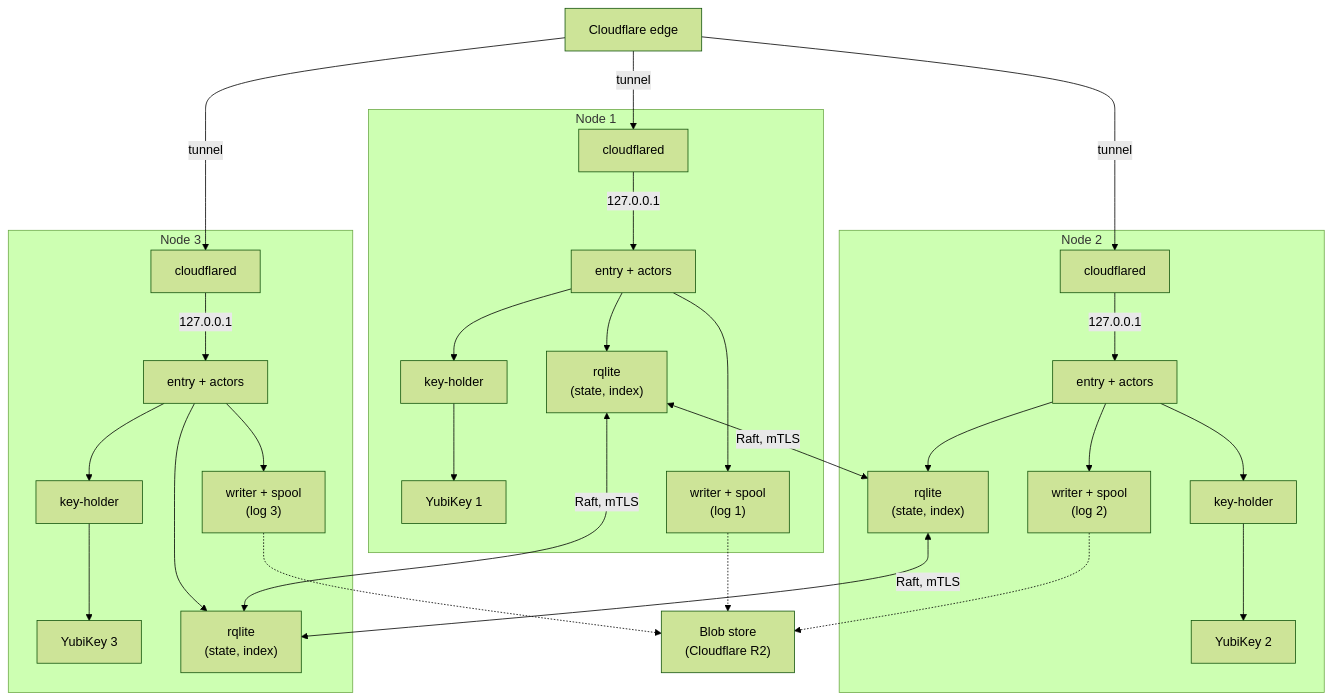
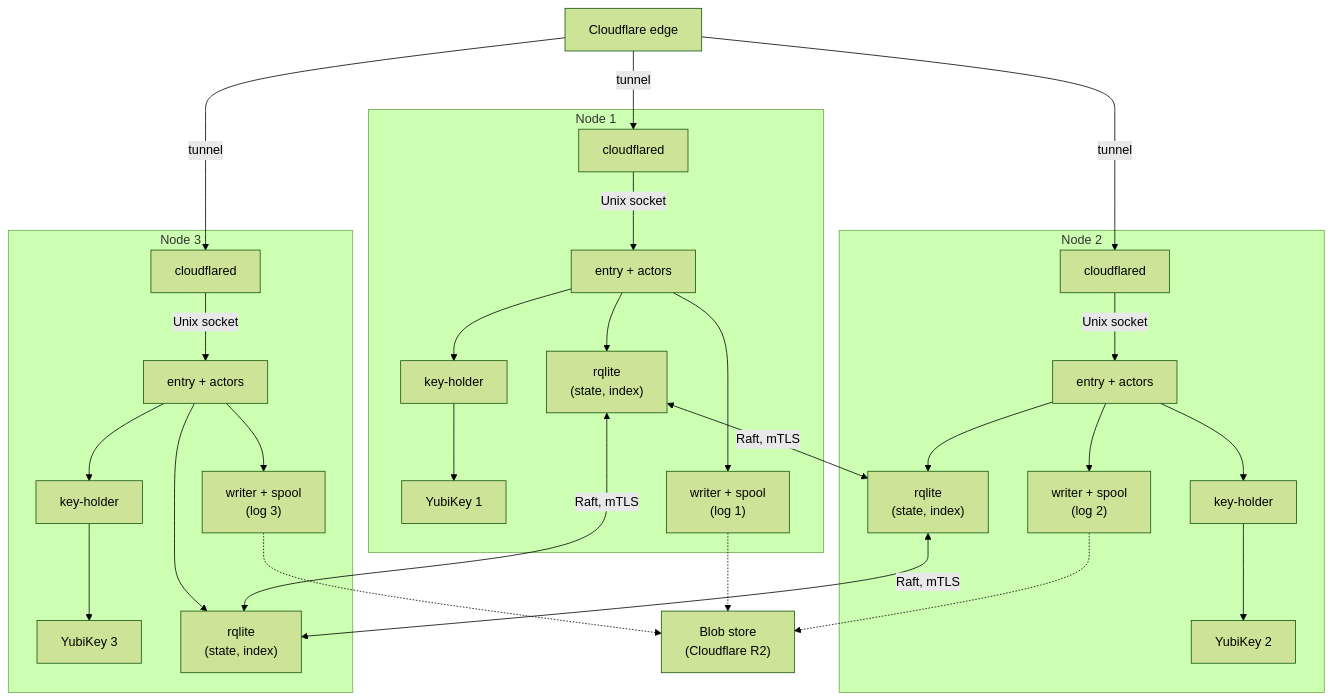
One commit to truvity/sluis changed the third of 4 diagrams in docs/runtimes/installations.md. Above: the diagram before and after it, drawn with Mermaid (forest theme). The commit also changed other lines of this file and 30 other files, not shown here.

````diff
--- a/docs/runtimes/installations.md
+++ b/docs/runtimes/installations.md
@@ -118,32 +118,32 @@
 ```mermaid
 flowchart TB
   edge["Cloudflare edge"]
   r2["Blob store<br/>(Cloudflare R2)"]
   subgraph n1["Node 1"]
-    cfd1["cloudflared"] -- "127.0.0.1" --> c1["entry + actors"]
+    cfd1["cloudflared"] -- "Unix socket" --> c1["entry + actors"]
     c1 --> kh1["key-holder"] --> yk1["YubiKey 1"]
     c1 --> r1["rqlite<br/>(state, index)"]
     c1 --> w1["writer + spool<br/>(log 1)"]
   end
   subgraph n2["Node 2"]
-    cfd2["cloudflared"] -- "127.0.0.1" --> c2["entry + actors"]
+    cfd2["cloudflared"] -- "Unix socket" --> c2["entry + actors"]
     c2 --> kh2["key-holder"] --> yk2["YubiKey 2"]
     c2 --> r2n["rqlite<br/>(state, index)"]
     c2 --> w2["writer + spool<br/>(log 2)"]
   end
   subgraph n3["Node 3"]
-    cfd3["cloudflared"] -- "127.0.0.1" --> c3["entry + actors"]
+    cfd3["cloudflared"] -- "Unix socket" --> c3["entry + actors"]
     c3 --> kh3["key-holder"] --> yk3["YubiKey 3"]
     c3 --> r3["rqlite<br/>(state, index)"]
     c3 --> w3["writer + spool<br/>(log 3)"]
   end
   edge -- "tunnel" --> cfd1
   edge -- "tunnel" --> cfd2
   edge -- "tunnel" --> cfd3
   r1 <-- "Raft, mTLS" --> r2n
   r2n <-- "Raft, mTLS" --> r3
   r1 <-- "Raft, mTLS" --> r3
   w1 -.-> r2
   w2 -.-> r2
   w3 -.-> r2
 ```
````
